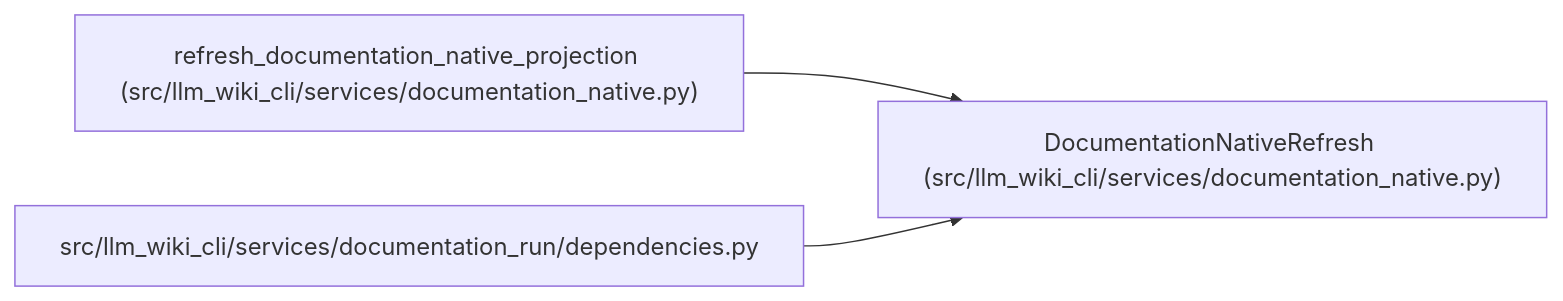
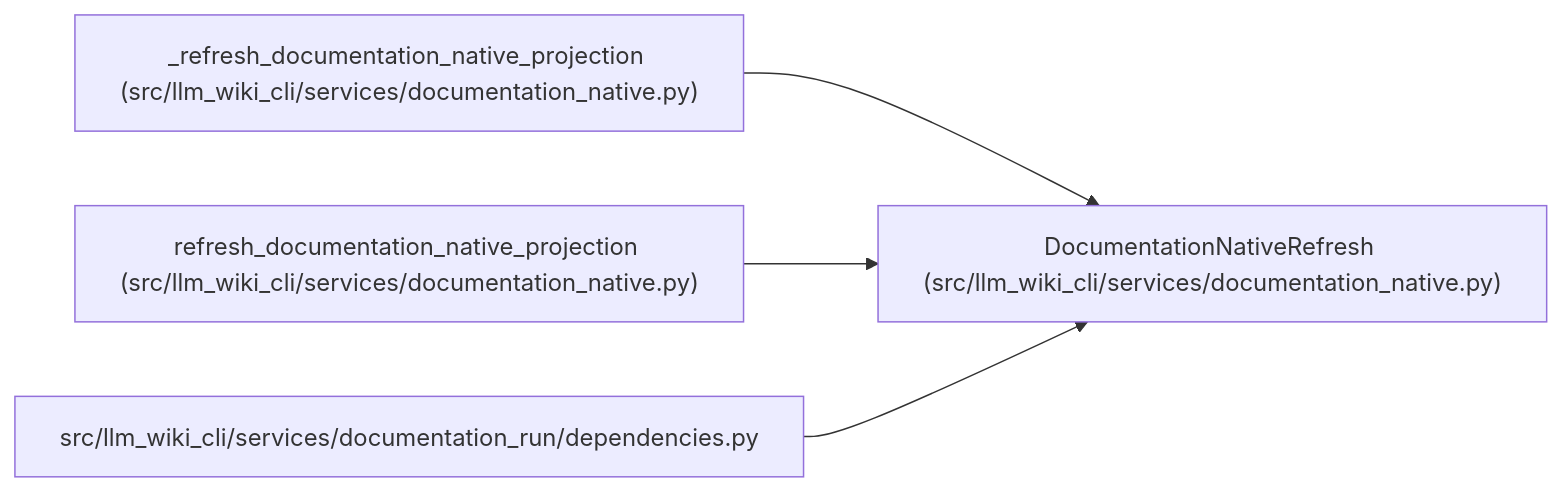
The diagram in docs/llm_wiki/entities/DocumentationNativeRefresh.md (Denissvgn/python-wiki-llm), drawn with Mermaid before and after one commit. The commit also changed other lines of this file and 1410 other files, not shown here.

````diff
--- a/docs/llm_wiki/entities/DocumentationNativeRefresh.md
+++ b/docs/llm_wiki/entities/DocumentationNativeRefresh.md
@@ -35,11 +35,14 @@
 ```mermaid
 flowchart LR
     n0["DocumentationNativeRefresh (src/llm_wiki_cli/services/documentation_native.py)"]
-    n1["refresh_documentation_native_projection (src/llm_wiki_cli/services/documentation_native.py)"]
-    n2["src/llm_wiki_cli/services/documentation_run/dependencies.py"]
+    n1["_refresh_documentation_native_projection (src/llm_wiki_cli/services/documentation_native.py)"]
+    n2["refresh_documentation_native_projection (src/llm_wiki_cli/services/documentation_native.py)"]
+    n3["src/llm_wiki_cli/services/documentation_run/dependencies.py"]
     n1 --> n0
     n2 --> n0
+    n3 --> n0
     click n0 "../modules/documentation_native.md"
     click n1 "../modules/documentation_native.md"
-    click n2 "../modules/documentation_run_dependencies.md"
+    click n2 "../modules/documentation_native.md"
+    click n3 "../modules/documentation_run_dependencies.md"
 ```
````
